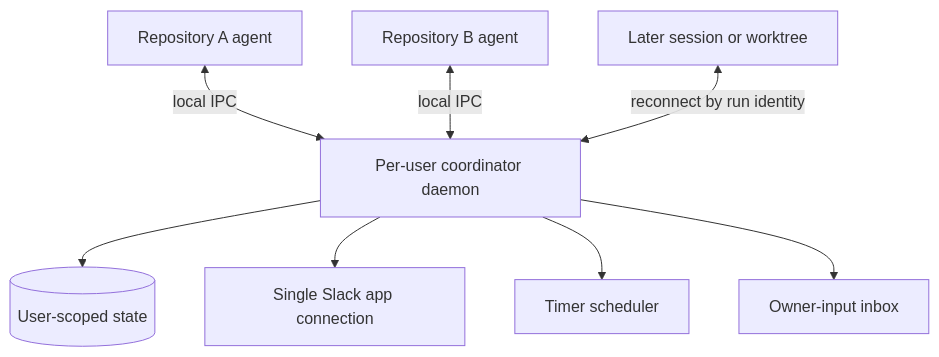
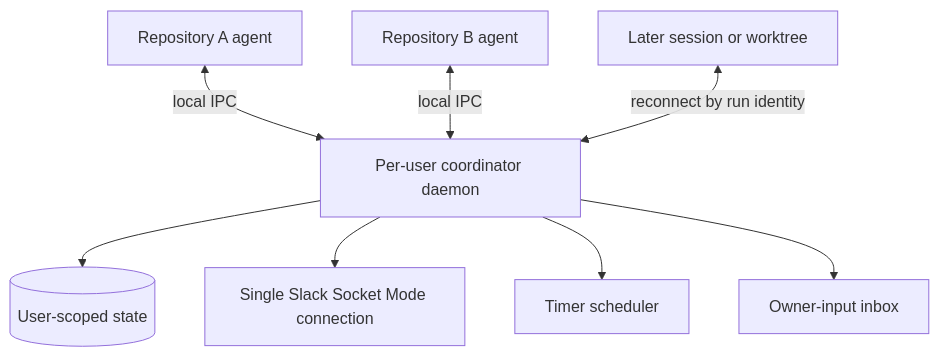
One commit to MarkTripoli/skills changed the third of 3 diagrams in .agents/tasks/i-want-new-skill/03-tdd-slack-agent-communication.md. Above: the diagram before and after it, drawn with Mermaid. The commit also changed other lines of this file, not shown here.

````diff
--- a/.agents/tasks/i-want-new-skill/03-tdd-slack-agent-communication.md
+++ b/.agents/tasks/i-want-new-skill/03-tdd-slack-agent-communication.md
@@ -79,12 +79,12 @@
 ```mermaid
 flowchart TD
     D[Per-user coordinator daemon]
     D --> S[(User-scoped state)]
-    D --> SA[Single Slack app connection]
+    D --> SA[Single Slack Socket Mode connection]
     D --> T[Timer scheduler]
     D --> I[Owner-input inbox]
 
     R1[Repository A agent] <-->|local IPC| D
     R2[Repository B agent] <-->|local IPC| D
     W[Later session or worktree] <-->|reconnect by run identity| D
 ```
````
